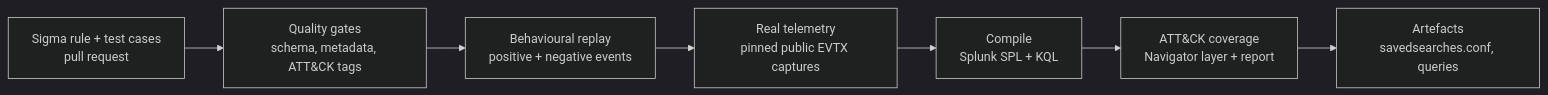
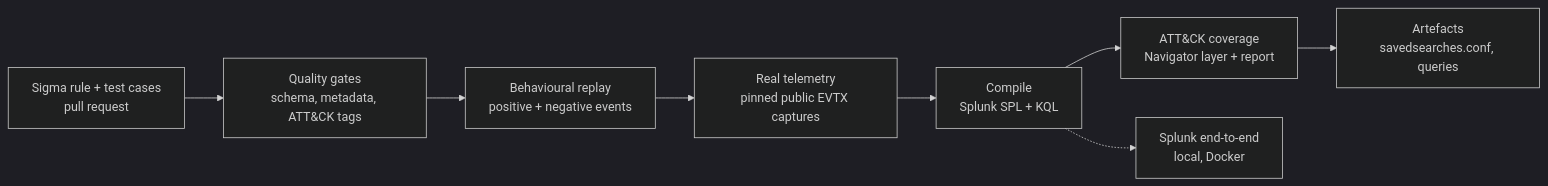
Before and after one commit to sackeyyooku/detection-as-code: the diagram in README.md, drawn with Mermaid (dark theme). The commit also changed other lines of this file and 1 other file, not shown here.

Commit message:
Fix Splunk field mapping for Security rules; e2e verified in Splunk 10.6.1.1 (11/11)

````diff
--- a/README.md
+++ b/README.md
@@ -17,9 +17,10 @@
 ```mermaid
 flowchart LR
     A[Sigma rule + test cases<br/>pull request] --> B[Quality gates<br/>schema, metadata, ATT&CK tags]
     B --> C[Behavioural replay<br/>positive + negative events]
     C --> D[Real telemetry<br/>pinned public EVTX captures]
     D --> E[Compile<br/>Splunk SPL + KQL]
     E --> F[ATT&CK coverage<br/>Navigator layer + report]
     F --> G[Artefacts<br/>savedsearches.conf, queries]
+    E -.-> H[Splunk end-to-end<br/>local, Docker]
 ```
````
